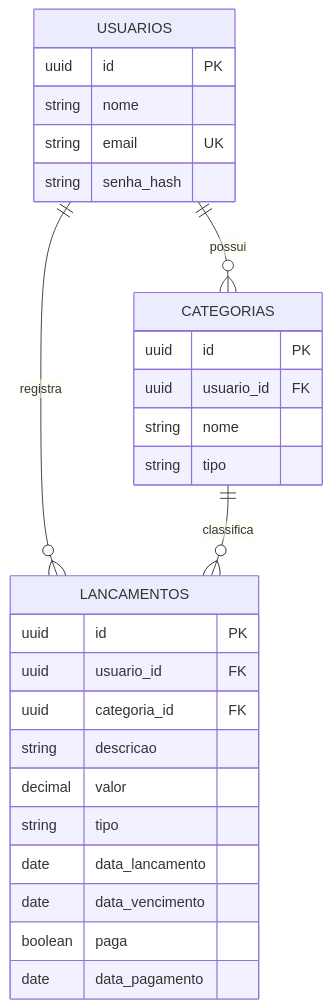
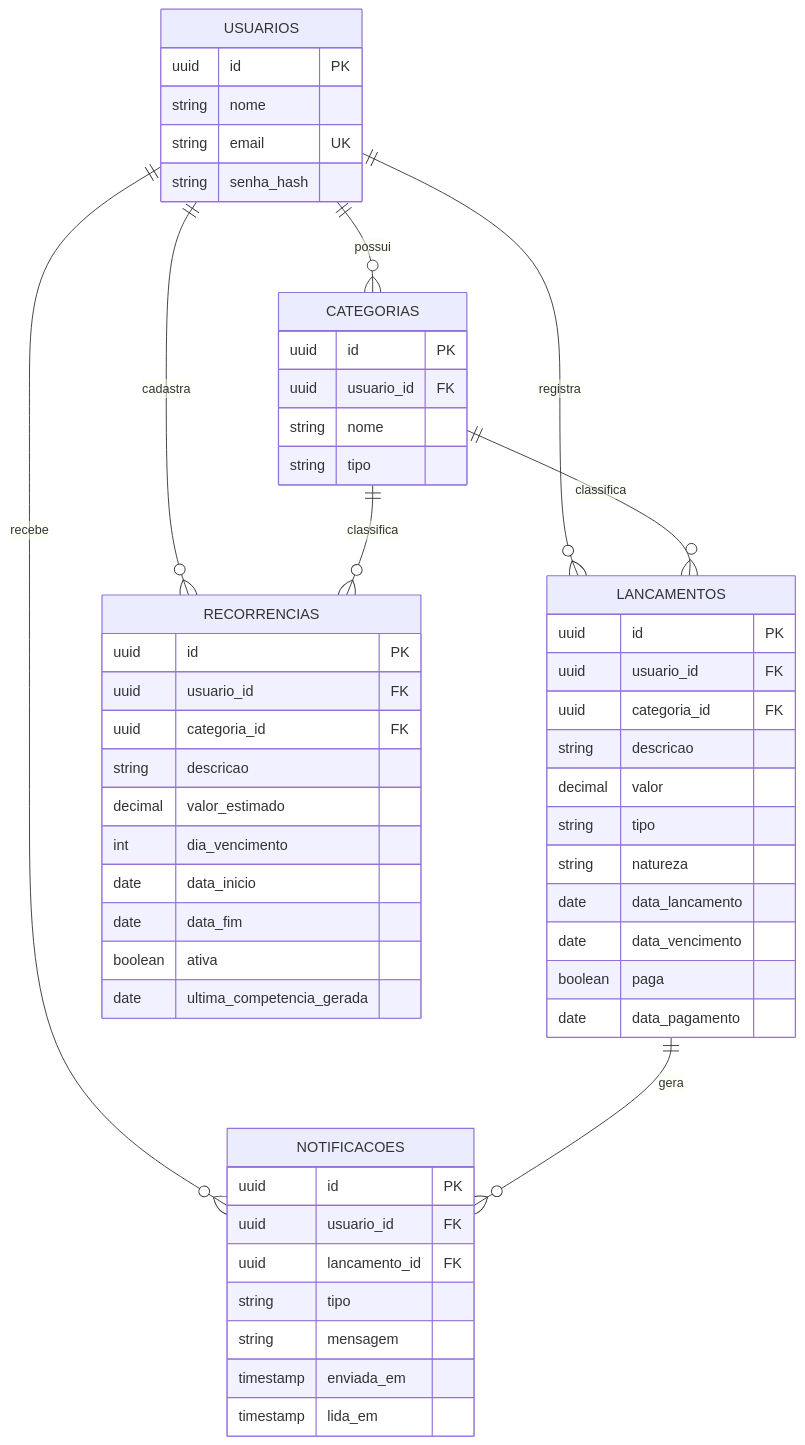
Before and after one commit to nevvesdev/financeflow: the diagram in README.md, drawn with Mermaid. The commit also changed other lines of this file, not shown here.

````diff
--- a/README.md
+++ b/README.md
@@ -13,31 +70,57 @@
 ```mermaid
 erDiagram
     USUARIOS ||--o{ CATEGORIAS : possui
     USUARIOS ||--o{ LANCAMENTOS : registra
+    USUARIOS ||--o{ RECORRENCIAS : cadastra
+    USUARIOS ||--o{ NOTIFICACOES : recebe
     CATEGORIAS ||--o{ LANCAMENTOS : classifica
+    CATEGORIAS ||--o{ RECORRENCIAS : classifica
+    LANCAMENTOS ||--o{ NOTIFICACOES : gera
 
     USUARIOS {
         uuid id PK
         string nome
         string email UK
         string senha_hash
     }
     CATEGORIAS {
         uuid id PK
         uuid usuario_id FK
         string nome
         string tipo
     }
     LANCAMENTOS {
         uuid id PK
         uuid usuario_id FK
         uuid categoria_id FK
         string descricao
         decimal valor
         string tipo
+        string natureza
         date data_lancamento
         date data_vencimento
         boolean paga
         date data_pagamento
     }
+    RECORRENCIAS {
+        uuid id PK
+        uuid usuario_id FK
+        uuid categoria_id FK
+        string descricao
+        decimal valor_estimado
+        int dia_vencimento
+        date data_inicio
+        date data_fim
+        boolean ativa
+        date ultima_competencia_gerada
+    }
+    NOTIFICACOES {
+        uuid id PK
+        uuid usuario_id FK
+        uuid lancamento_id FK
+        string tipo
+        string mensagem
+        timestamp enviada_em
+        timestamp lida_em
+    }
 ```
````
